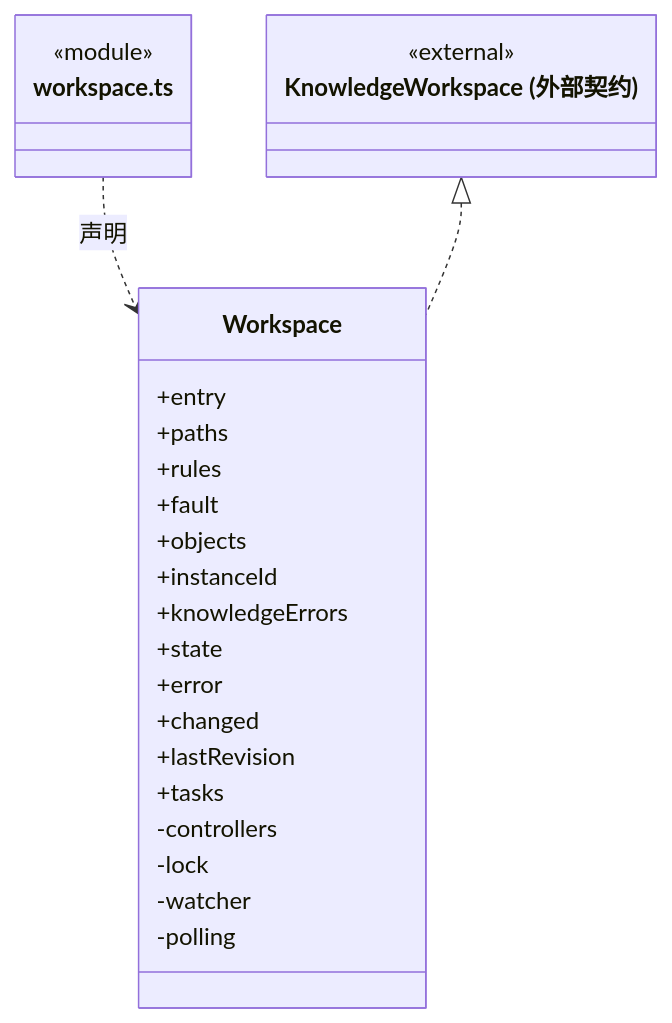
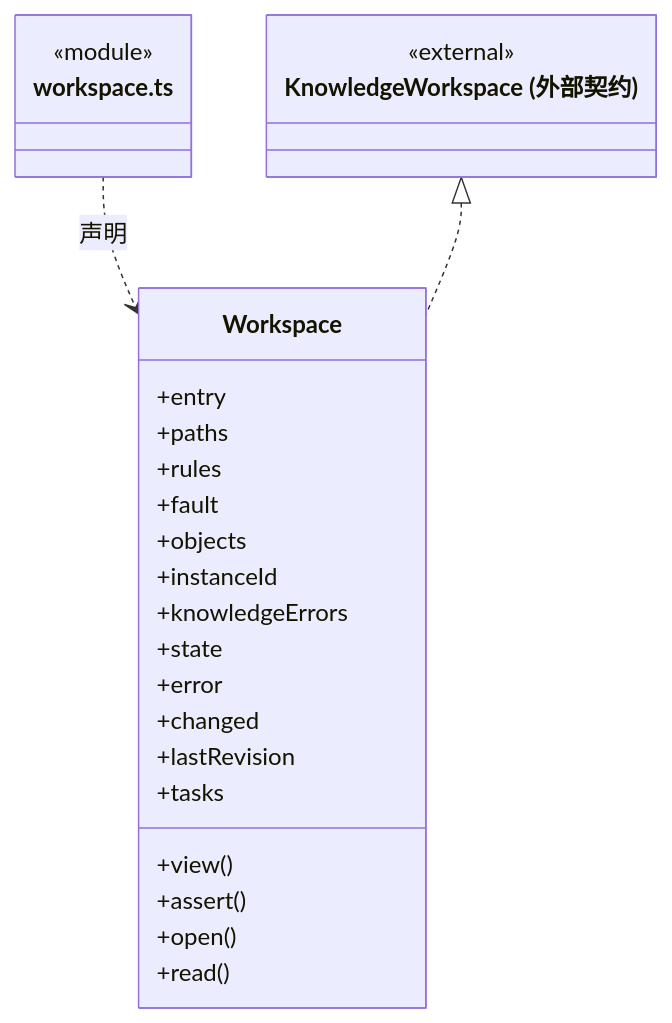
The third of 5 diagrams in src/backend/main/workspace/ARCHITECTURE.md (nan023062/cbim), drawn with Mermaid before and after one commit. The commit also changed other lines of this file and 240 other files, not shown here.

````diff
--- a/src/backend/main/workspace/ARCHITECTURE.md
+++ b/src/backend/main/workspace/ARCHITECTURE.md
@@ -43,29 +64,29 @@
 ```mermaid
 classDiagram
 class N_src_backend_main_workspace_workspace_ts["workspace.ts"] {
   <<module>>
 }
 class N_src_backend_main_workspace_workspace_ts_Workspace["Workspace"] {
   +entry
   +paths
   +rules
   +fault
   +objects
   +instanceId
   +knowledgeErrors
   +state
   +error
   +changed
   +lastRevision
   +tasks
-  -controllers
-  -lock
-  -watcher
-  -polling
+  +view()
+  +assert()
+  +open()
+  +read()
 }
 N_src_backend_main_workspace_workspace_ts ..> N_src_backend_main_workspace_workspace_ts_Workspace : 声明
 class N_src_backend_main_workspace_workspace_ts_external_KnowledgeWorkspace["KnowledgeWorkspace (外部契约)"] {
   <<external>>
 }
 N_src_backend_main_workspace_workspace_ts_external_KnowledgeWorkspace <|.. N_src_backend_main_workspace_workspace_ts_Workspace
 ```
````
